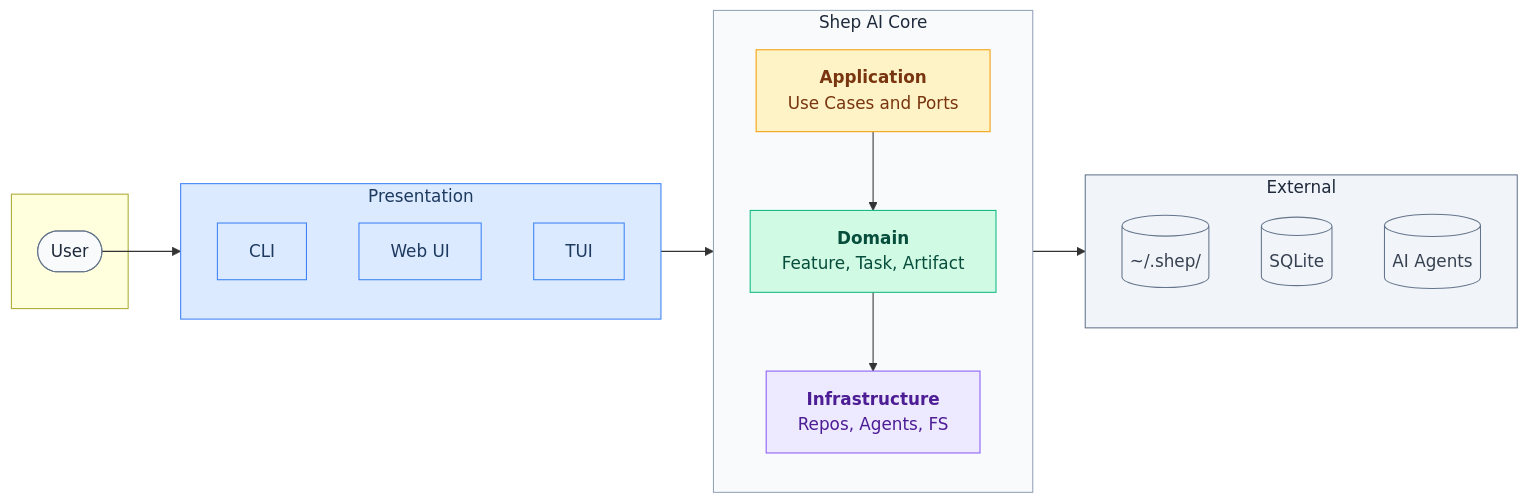
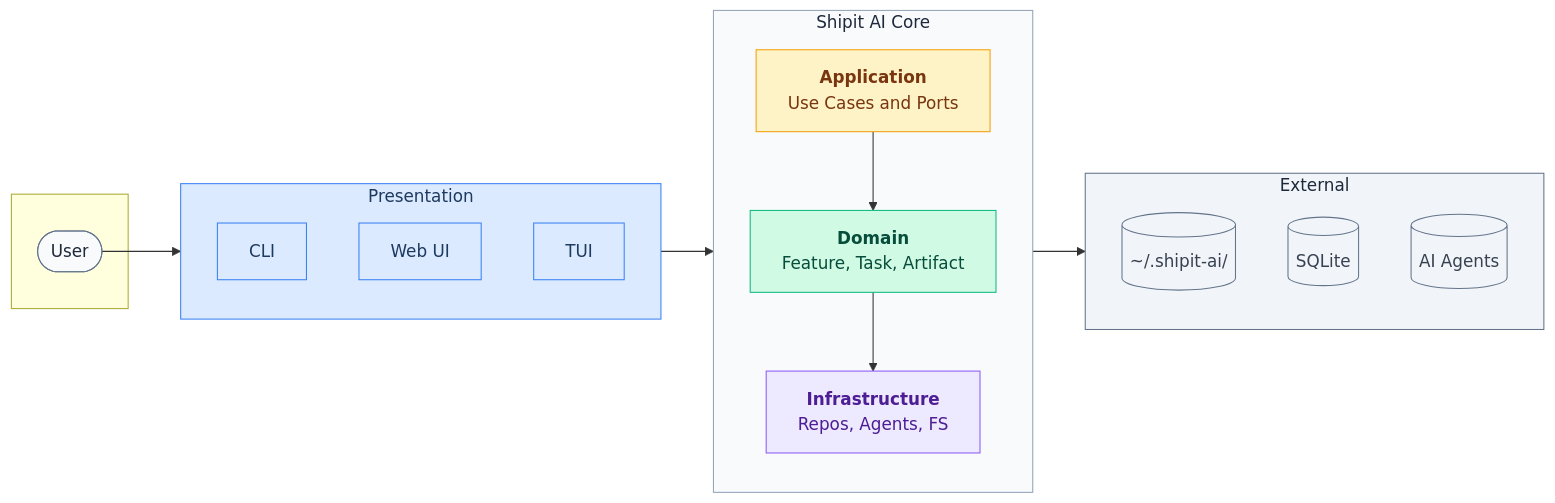
Before and after one commit to jrmatherly/shipit: the diagram in docs/architecture/overview.md, drawn with Mermaid. The commit also changed other lines of this file and 776 other files, not shown here.

First line of the commit message:
chore(config): complete shep to shipit-ai rename and add tech debt plans

````diff
--- a/docs/architecture/overview.md
+++ b/docs/architecture/overview.md
@@ -7,47 +7,47 @@
 ```mermaid
 flowchart LR
     subgraph Users[" "]
         User(["User"])
     end
 
     subgraph UI["Presentation"]
         direction TB
         CLI[CLI]
         WebUI[Web UI]
         TUI[TUI]
     end
 
-    subgraph Core["Shep AI Core"]
+    subgraph Core["Shipit AI Core"]
         direction TB
         App["<b>Application</b><br/>Use Cases and Ports"]
         Dom["<b>Domain</b><br/>Feature, Task, Artifact"]
         Infra["<b>Infrastructure</b><br/>Repos, Agents, FS"]
     end
 
     subgraph Ext["External"]
         direction TB
-        FS[("~/.shep/")]
+        FS[("~/.shipit-ai/")]
         DB[("SQLite")]
         AI[("AI Agents")]
     end
 
     User --> UI
     UI --> App
     App --> Dom
     Dom --> Infra
     Infra --> Ext
 
     style User fill:#f8fafc,stroke:#64748b,color:#1e293b
     style CLI fill:#dbeafe,stroke:#3b82f6,color:#1e3a5f
     style WebUI fill:#dbeafe,stroke:#3b82f6,color:#1e3a5f
     style TUI fill:#dbeafe,stroke:#3b82f6,color:#1e3a5f
     style UI fill:#dbeafe,stroke:#3b82f6,color:#1e3a5f
     style App fill:#fef3c7,stroke:#f59e0b,color:#78350f
     style Dom fill:#d1fae5,stroke:#10b981,color:#064e3b
     style Infra fill:#ede9fe,stroke:#8b5cf6,color:#4c1d95
     style Core fill:#f8fafc,stroke:#94a3b8,color:#1e293b
     style FS fill:#f1f5f9,stroke:#64748b,color:#374151
     style DB fill:#f1f5f9,stroke:#64748b,color:#374151
     style AI fill:#f1f5f9,stroke:#64748b,color:#374151
     style Ext fill:#f1f5f9,stroke:#64748b,color:#1e293b
 ```
````
